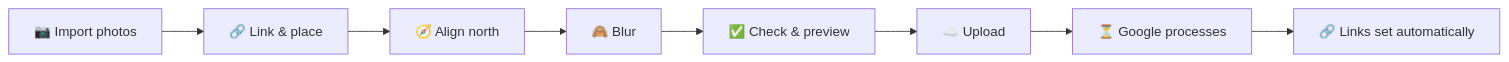
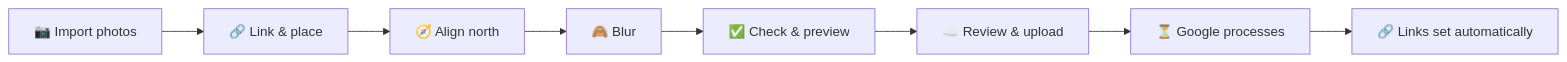
The diagram in README.md (F0uP/streetview-tour-uploader), drawn with Mermaid before and after one commit. The commit also changed other lines of this file and 2 other files, not shown here.

````diff
--- a/README.md
+++ b/README.md
@@ -151,10 +163,10 @@
 ```mermaid
 flowchart LR
   A[📷 Import photos] --> B[🔗 Link & place]
   B --> C[🧭 Align north]
   C --> D[🙈 Blur]
   D --> E[✅ Check & preview]
-  E --> F[☁️ Upload]
+  E --> F[☁️ Review & upload]
   F --> G[⏳ Google processes]
   G --> H[🔗 Links set automatically]
 ```
````
